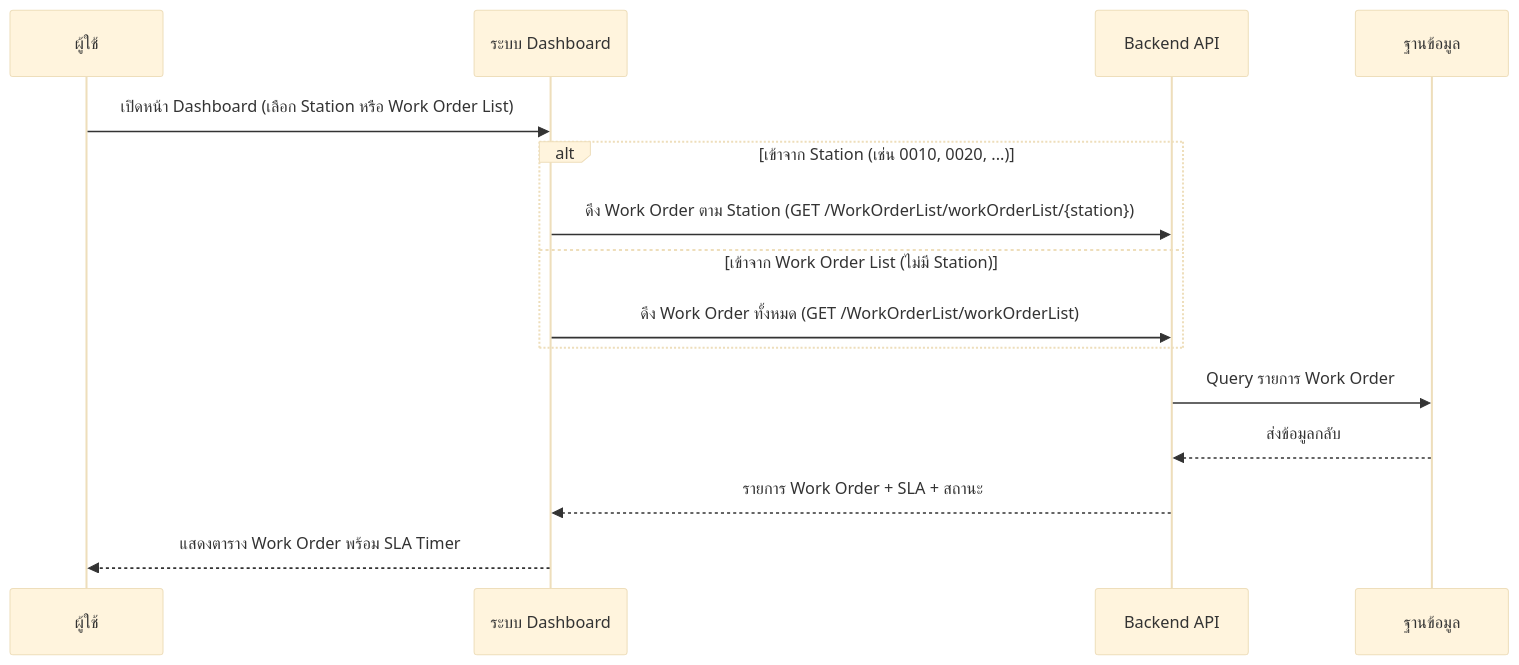
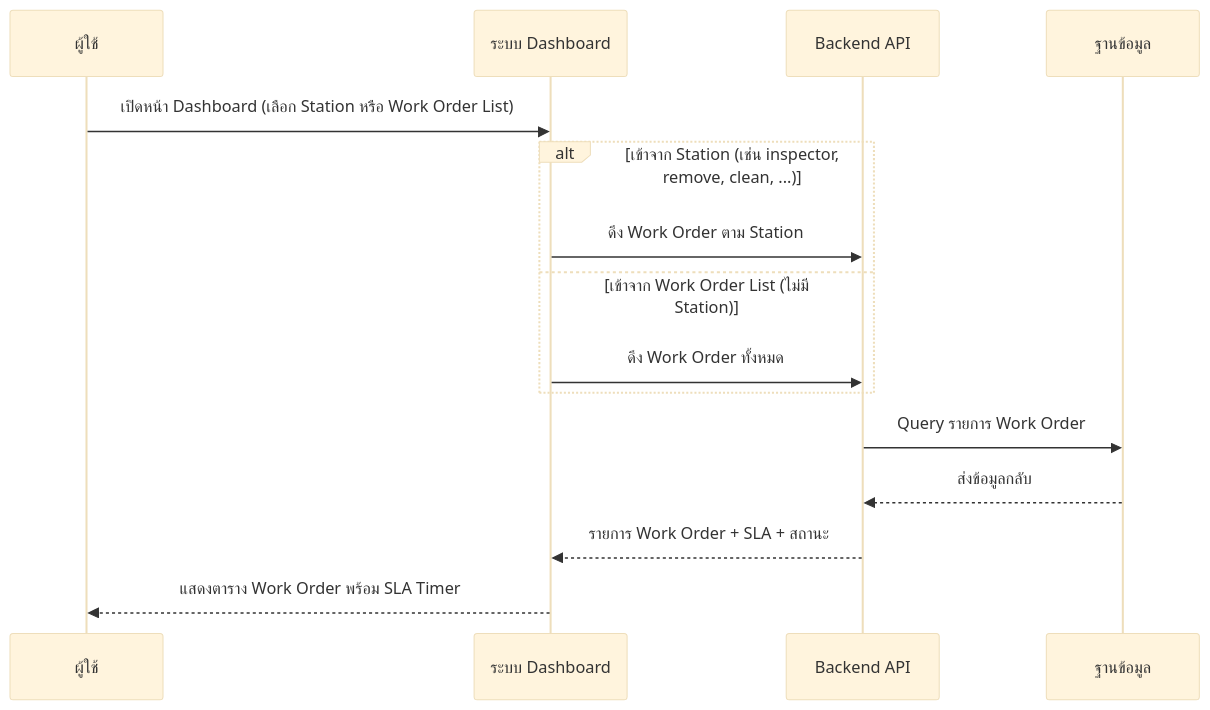
One commit to akkdach/pro-iot-mobile changed the first of 4 diagrams in docs/DashboardRefurbish_SequenceDiagram.md. Above: the diagram before and after it, drawn with Mermaid (base theme). The commit also changed other lines of this file and 10 other files, not shown here.

````diff
--- a/docs/DashboardRefurbish_SequenceDiagram.md
+++ b/docs/DashboardRefurbish_SequenceDiagram.md
@@ -5,18 +5,18 @@
 ```mermaid
 sequenceDiagram
     participant U as ผู้ใช้
     participant DB_UI as ระบบ Dashboard
     participant API as Backend API
     participant DB as ฐานข้อมูล
 
     U->>DB_UI: เปิดหน้า Dashboard (เลือก Station หรือ Work Order List)
-    alt เข้าจาก Station (เช่น 0010, 0020, ...)
-        DB_UI->>API: ดึง Work Order ตาม Station (GET /WorkOrderList/workOrderList/{station})
+    alt เข้าจาก Station (เช่น inspector, remove, clean, ...)
+        DB_UI->>API: ดึง Work Order ตาม Station
     else เข้าจาก Work Order List (ไม่มี Station)
-        DB_UI->>API: ดึง Work Order ทั้งหมด (GET /WorkOrderList/workOrderList)
+        DB_UI->>API: ดึง Work Order ทั้งหมด
     end
     API->>DB: Query รายการ Work Order
     DB-->>API: ส่งข้อมูลกลับ
     API-->>DB_UI: รายการ Work Order + SLA + สถานะ
     DB_UI-->>U: แสดงตาราง Work Order พร้อม SLA Timer
 ```
````
